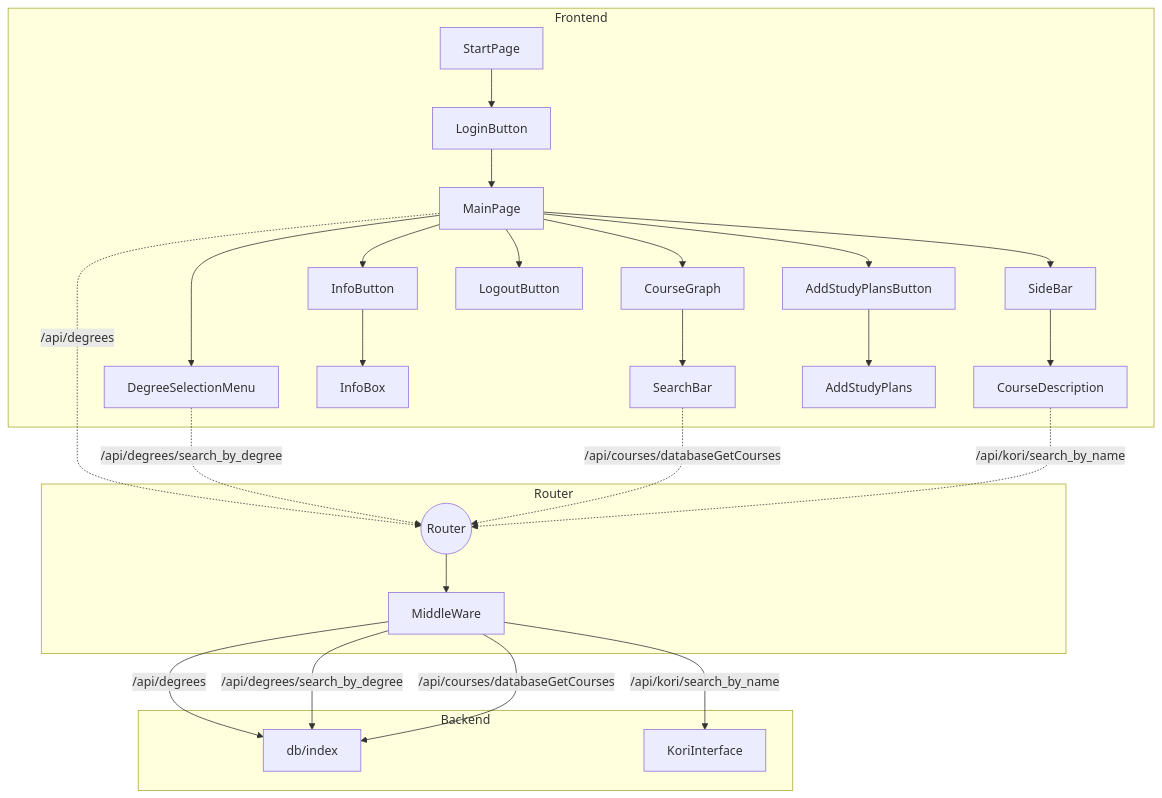
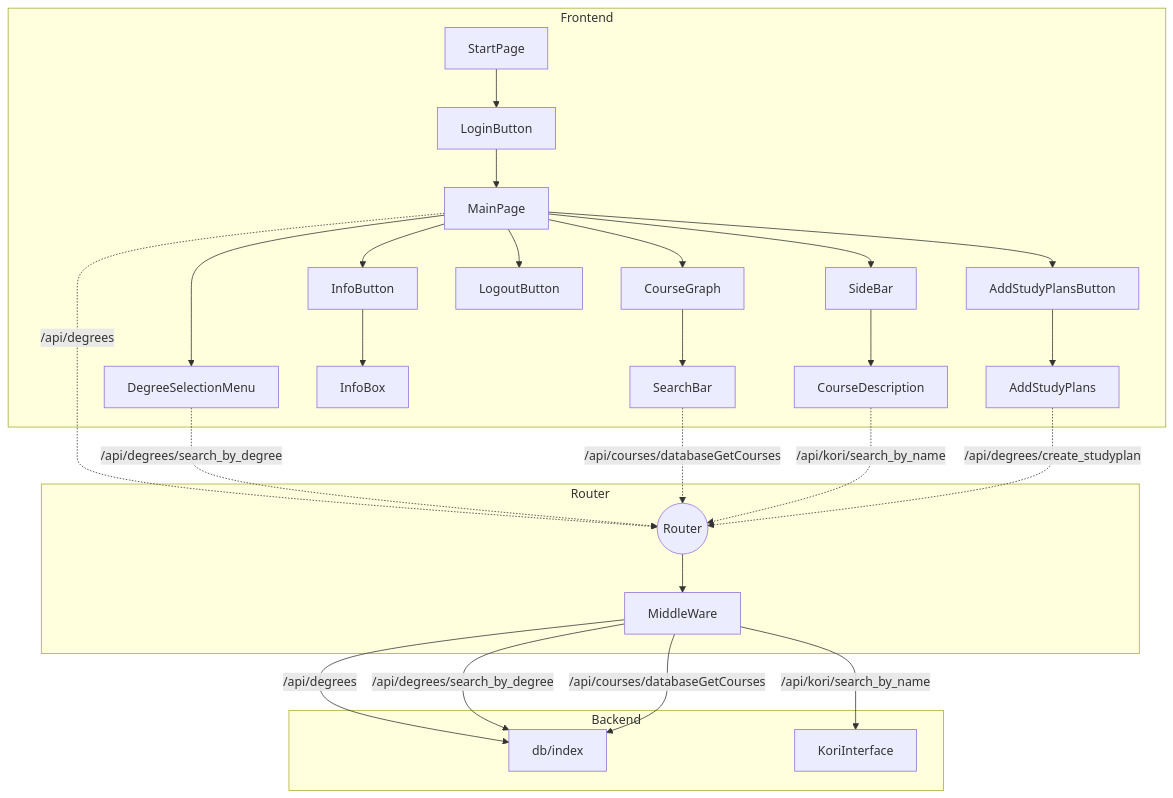
The diagram in documentation/developer/Architecture.md (Kurssiesitieto/kurssiesitieto-ohtuprojekti), drawn with Mermaid before and after one commit.

````diff
--- a/documentation/developer/Architecture.md
+++ b/documentation/developer/Architecture.md
@@ -2,36 +2,37 @@
 ```mermaid
 flowchart TD
     subgraph Frontend
     AA["StartPage"]
     AA --> J["LoginButton"]
     J --> A["MainPage"]
     A --> B["CourseGraph"]
     A --> C["DegreeSelectionMenu"]
     B --> D["SearchBar"]
     A --> E["InfoButton"]
     E --> F["InfoBox"]
     A --> G["SideBar"]
     G --> H["CourseDescription"]
     A --> O["LogoutButton"]
     A --> P["AddStudyPlansButton"]
     P --> Q["AddStudyPlans"]
     end
 
     subgraph Router
     I(("Router"))
     A -."/api/degrees".->I
     C -."/api/degrees/search_by_degree".-> I
     D -."/api/courses/databaseGetCourses".-> I
     H -."/api/kori/search_by_name".->I
+    Q -."/api/degrees/create_studyplan".->I
     I --> L[MiddleWare]
     end
 
     subgraph Backend
     L --"/api/degrees"--> K
     L --"/api/degrees/search_by_degree"--> K
     L --"/api/courses/databaseGetCourses"--> K
     L --"/api/kori/search_by_name"--> M
     K["db/index"]
     M[KoriInterface]
     end
 ```
````
